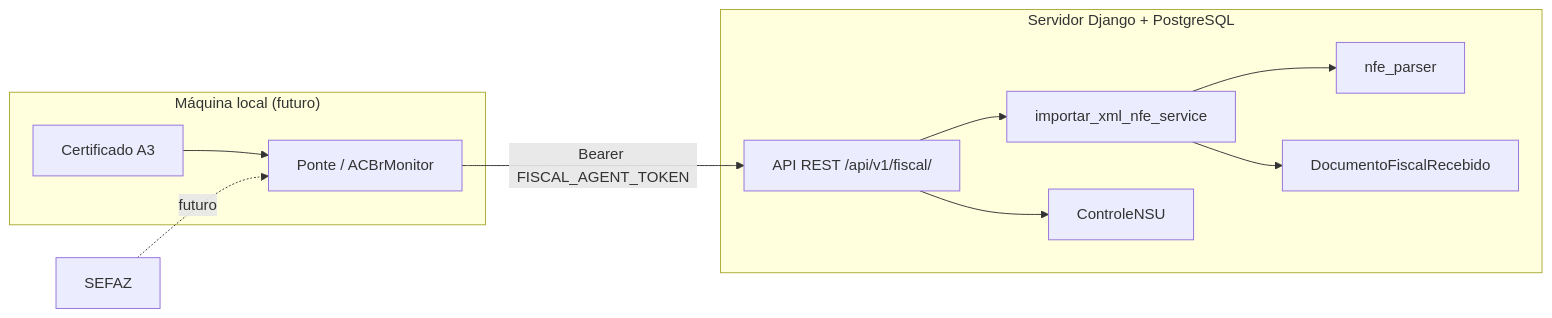
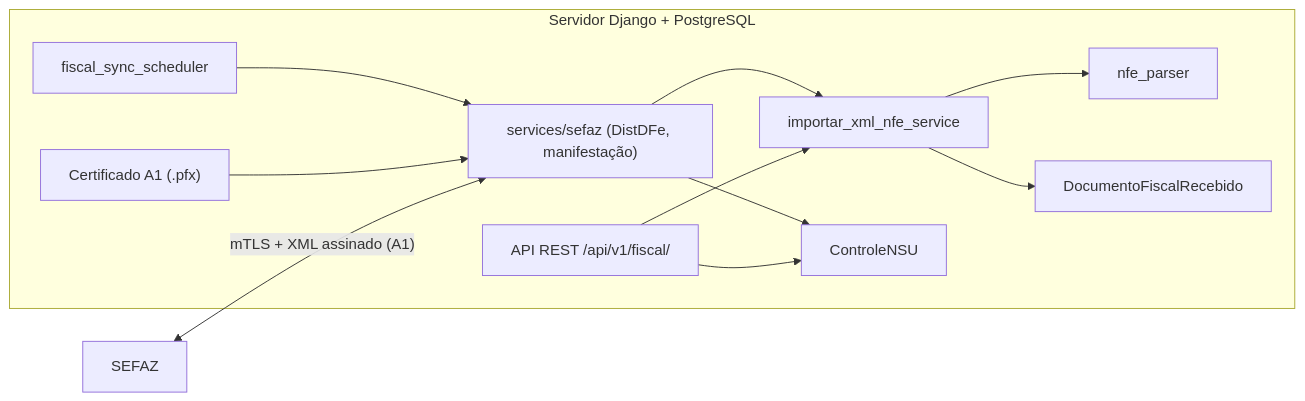
One commit to zilioalberto/Configurador_Paineis_Eletricos changed the diagram in docs/modulos/fiscal.md. Above: the diagram before and after it, drawn with Mermaid. The commit also changed other lines of this file and 335 other files, not shown here.

````diff
--- a/docs/modulos/fiscal.md
+++ b/docs/modulos/fiscal.md
@@ -14,22 +17,22 @@
 ```mermaid
 flowchart LR
   subgraph servidor["Servidor Django + PostgreSQL"]
     API["API REST /api/v1/fiscal/"]
+    Cert["Certificado A1 (.pfx)"]
+    SefazSvc["services/sefaz (DistDFe, manifestação)"]
     Parser["nfe_parser"]
     Import["importar_xml_nfe_service"]
     NSU["ControleNSU"]
     Doc["DocumentoFiscalRecebido"]
-    API --> Import --> Parser
+    Sched["fiscal_sync_scheduler"]
+    Sched --> SefazSvc
+    Cert --> SefazSvc
+    SefazSvc --> Import --> Parser
     Import --> Doc
+    SefazSvc --> NSU
+    API --> Import
     API --> NSU
   end
 
-  subgraph local["Máquina local (futuro)"]
-    Cert["Certificado A3"]
-    Ponte["Ponte / ACBrMonitor"]
-    Cert --> Ponte
-  end
-
-  SEFAZ["SEFAZ"] -.->|futuro| Ponte
-  Ponte -->|"Bearer FISCAL_AGENT_TOKEN"| API
+  SEFAZ["SEFAZ"] <-->|"mTLS + XML assinado (A1)"| SefazSvc
 ```
````
